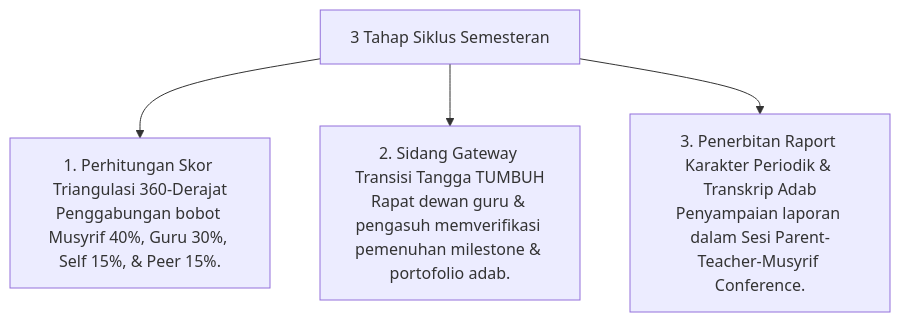
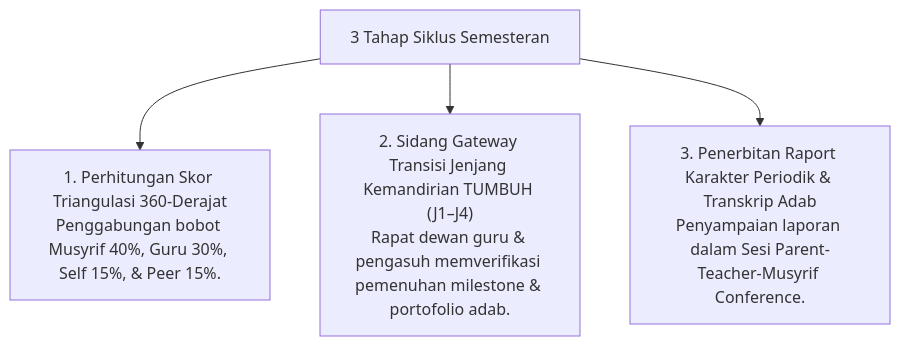
One commit to wandiapriliyandi/tumbuh changed the diagram in 07 Implementation Framework/04 Workflow/P7-04-03-Siklus-Workflow-Semesteran-dan-Gateway-Transisi.md. Above: the diagram before and after it, drawn with Mermaid. The commit also changed other lines of this file and 209 other files, not shown here.

````diff
--- a/07 Implementation Framework/04 Workflow/P7-04-03-Siklus-Workflow-Semesteran-dan-Gateway-Transisi.md
+++ b/07 Implementation Framework/04 Workflow/P7-04-03-Siklus-Workflow-Semesteran-dan-Gateway-Transisi.md
@@ -14,7 +14,7 @@
 ```mermaid
 graph TD
     SemesterWorkflow["3 Tahap Siklus Semesteran"]
     SemesterWorkflow --> TriangulationCalc["1. Perhitungan Skor Triangulasi 360-Derajat<br/>Penggabungan bobot Musyrif 40%, Guru 30%, Self 15%, & Peer 15%."]
-    SemesterWorkflow --> CouncilGateway["2. Sidang Gateway Transisi Tangga TUMBUH<br/>Rapat dewan guru & pengasuh memverifikasi pemenuhan milestone & portofolio adab."]
+    SemesterWorkflow --> CouncilGateway["2. Sidang Gateway Transisi Jenjang Kemandirian TUMBUH (J1–J4)<br/>Rapat dewan guru & pengasuh memverifikasi pemenuhan milestone & portofolio adab."]
     SemesterWorkflow --> ReportIssue["3. Penerbitan Raport Karakter Periodik & Transkrip Adab<br/>Penyampaian laporan dalam Sesi Parent-Teacher-Musyrif Conference."]
 ```
````
